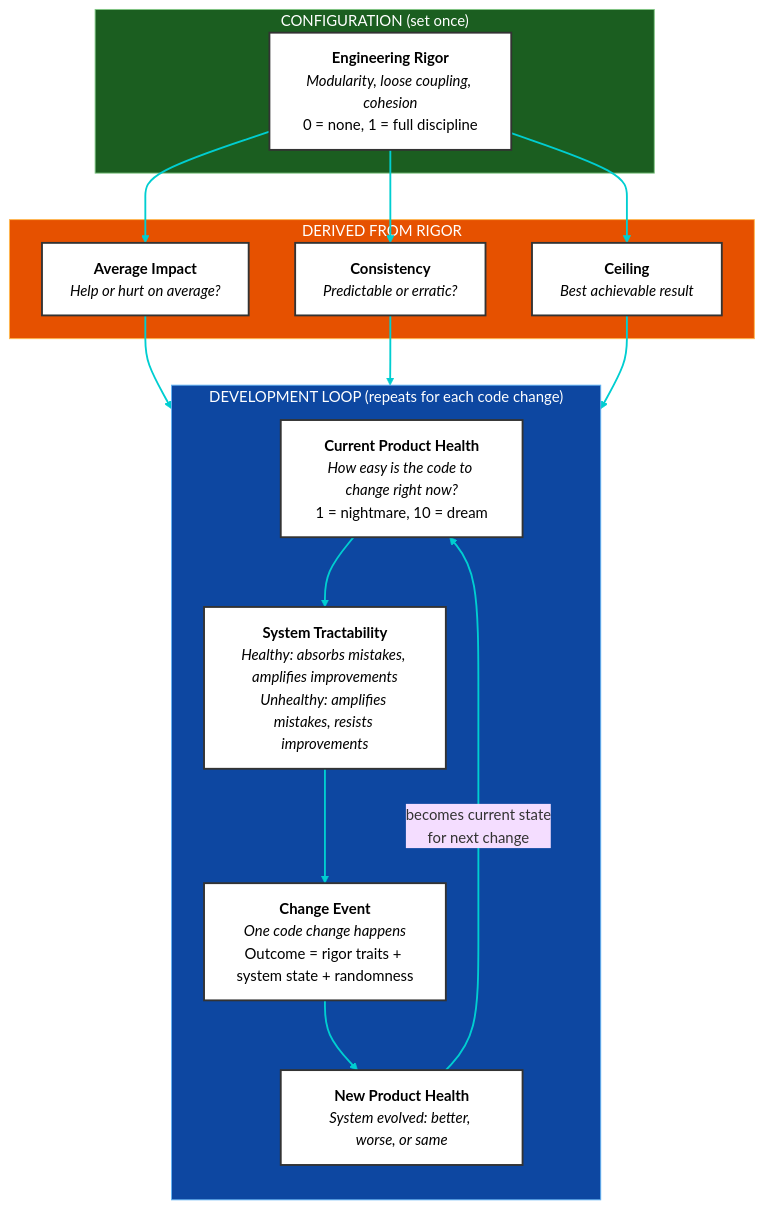
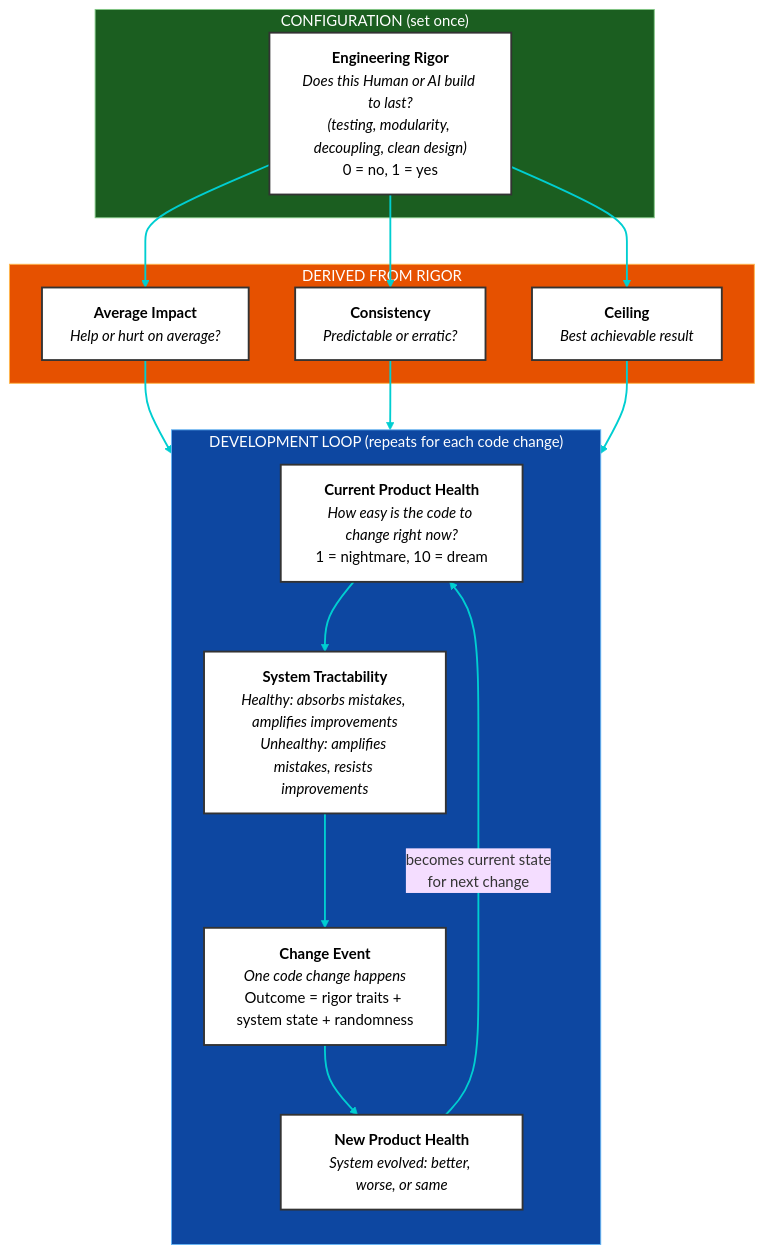
One commit to dawid-dahl-umain/product-health-dynamics changed the diagram in model.mermaid. Above: the diagram before and after it, drawn with Mermaid (base theme).

Commit message:
docs: update mermaid diagram description for Engineering Rigor to focus on long-term sustainability and design principles

```diff
--- a/model.mermaid
+++ b/model.mermaid
@@ -1,40 +1,40 @@
 flowchart TB
     subgraph config ["CONFIGURATION (set once)"]
-        ER["<b>Engineering Rigor</b><br/><i>Modularity, loose coupling, cohesion</i><br/>0 = none, 1 = full discipline"]
+        ER["<b>Engineering Rigor</b><br/><i>Does this Human or AI build to last?</i><br/><i>(testing, modularity, decoupling, clean design)</i><br/>0 = no, 1 = yes"]
     end
 
     subgraph derived ["DERIVED FROM RIGOR"]
         BI["<b>Average Impact</b><br/><i>Help or hurt on average?</i>"]
         BS["<b>Consistency</b><br/><i>Predictable or erratic?</i>"]
         MH["<b>Ceiling</b><br/><i>Best achievable result</i>"]
     end
 
     subgraph loop ["DEVELOPMENT LOOP (repeats for each code change)"]
         direction TB
         
         PH["<b>Current Product Health</b><br/><i>How easy is the code to change right now?</i><br/>1 = nightmare, 10 = dream"]
         
         SS["<b>System Tractability</b><br/><i>Healthy: absorbs mistakes, amplifies improvements</i><br/><i>Unhealthy: amplifies mistakes, resists improvements</i>"]
         
         CE["<b>Change Event</b><br/><i>One code change happens</i><br/>Outcome = rigor traits + system state + randomness"]
         
         NPH["<b>New Product Health</b><br/><i>System evolved: better, worse, or same</i>"]
 
         PH --> SS
         SS --> CE
         CE --> NPH
         NPH -->|"becomes current state<br/>for next change"| PH
     end
 
     ER --> BI & BS & MH
     BI & BS & MH --> CE
 
     %% Styling
     style config fill:#1b5e20,stroke:#81c784,color:#fff
     style derived fill:#e65100,stroke:#ffb74d,color:#fff
     style loop fill:#0d47a1,stroke:#64b5f6,color:#fff
 
     classDef nodeStyle fill:#fff,stroke:#333,color:#000,stroke-width:2px
     class ER,PH,BI,BS,MH,SS,CE,NPH nodeStyle
 
     linkStyle default stroke:#00ced1,stroke-width:2px
```
